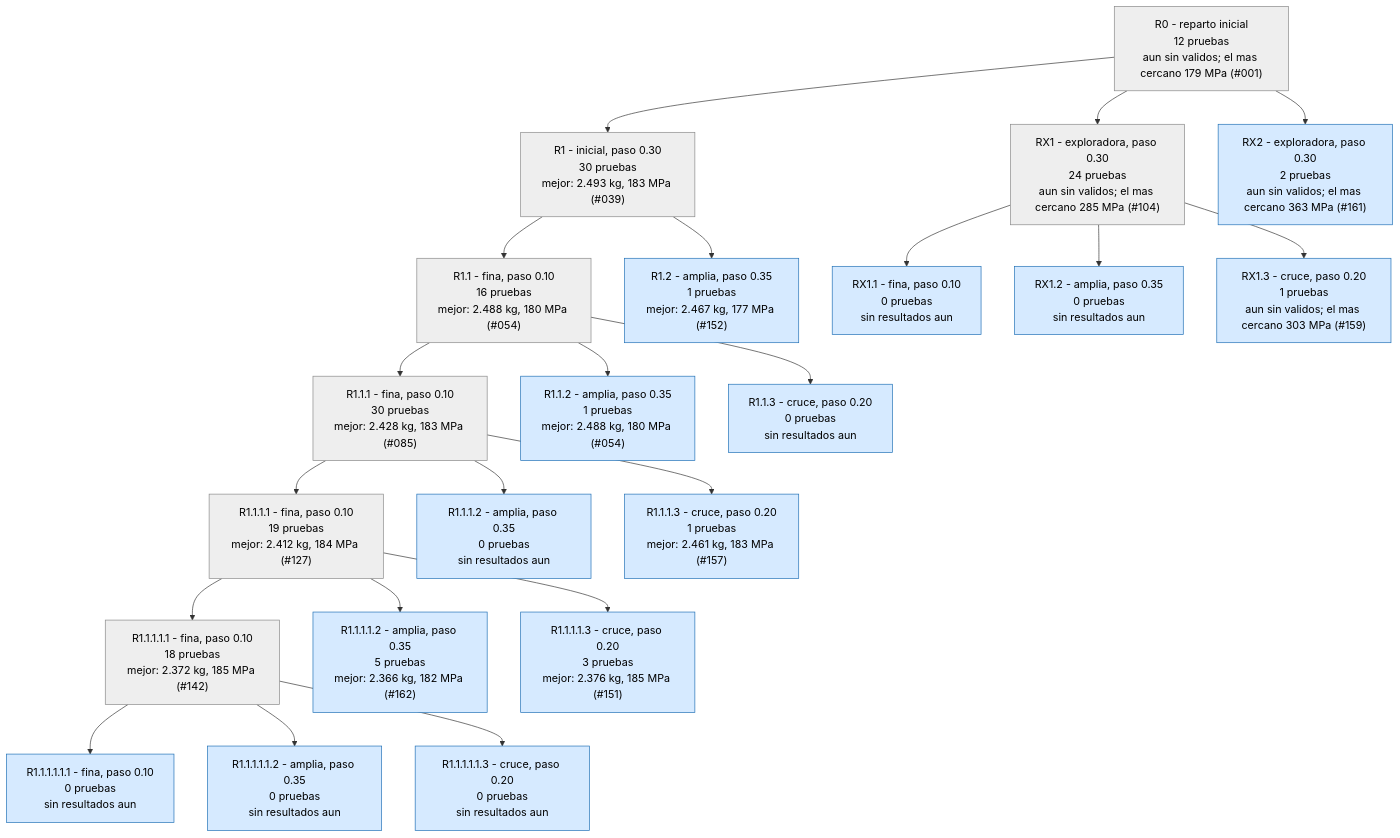
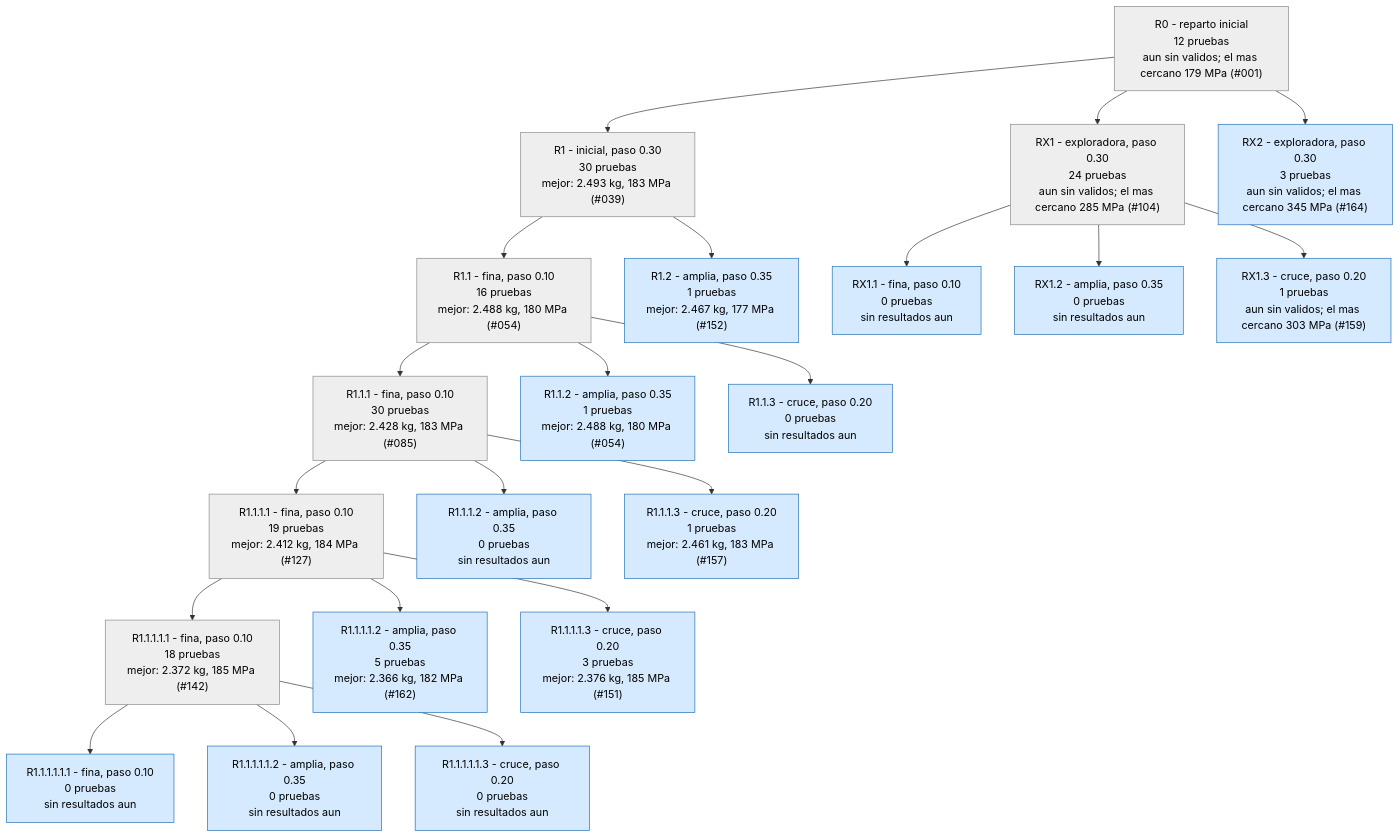
One commit to Hugiko/msd-soporte-optimizacion changed the second of 4 diagrams in runs/opt_37800N/ARBOL.md. Above: the diagram before and after it, drawn with Mermaid. The commit also changed 21 other files, not shown here.

````diff
--- a/runs/opt_37800N/ARBOL.md
+++ b/runs/opt_37800N/ARBOL.md
@@ -25,47 +25,47 @@
 ```mermaid
 graph TD
 classDef activa fill:#d6eaff,stroke:#1f6fb5,color:#000
 classDef fin fill:#eeeeee,stroke:#888,color:#000
 classDef mejor fill:#c8f0c0,stroke:#1a9850,stroke-width:4px,color:#000
 R0["R0 - reparto inicial<br/>12 pruebas<br/>aun sin validos; el mas cercano 179 MPa (#001)"]:::fin
 R1["R1 - inicial, paso 0.30<br/>30 pruebas<br/>mejor: 2.493 kg, 183 MPa (#039)"]:::fin
 R0 --> R1
 R1_1["R1.1 - fina, paso 0.10<br/>16 pruebas<br/>mejor: 2.488 kg, 180 MPa (#054)"]:::fin
 R1 --> R1_1
 R1_2["R1.2 - amplia, paso 0.35<br/>1 pruebas<br/>mejor: 2.467 kg, 177 MPa (#152)"]:::activa
 R1 --> R1_2
 R1_1_1["R1.1.1 - fina, paso 0.10<br/>30 pruebas<br/>mejor: 2.428 kg, 183 MPa (#085)"]:::fin
 R1_1 --> R1_1_1
 R1_1_2["R1.1.2 - amplia, paso 0.35<br/>1 pruebas<br/>mejor: 2.488 kg, 180 MPa (#054)"]:::activa
 R1_1 --> R1_1_2
 R1_1_3["R1.1.3 - cruce, paso 0.20<br/>0 pruebas<br/>sin resultados aun"]:::activa
 R1_1 --> R1_1_3
 R1_1_1_1["R1.1.1.1 - fina, paso 0.10<br/>19 pruebas<br/>mejor: 2.412 kg, 184 MPa (#127)"]:::fin
 R1_1_1 --> R1_1_1_1
 R1_1_1_2["R1.1.1.2 - amplia, paso 0.35<br/>0 pruebas<br/>sin resultados aun"]:::activa
 R1_1_1 --> R1_1_1_2
 R1_1_1_3["R1.1.1.3 - cruce, paso 0.20<br/>1 pruebas<br/>mejor: 2.461 kg, 183 MPa (#157)"]:::activa
 R1_1_1 --> R1_1_1_3
 RX1["RX1 - exploradora, paso 0.30<br/>24 pruebas<br/>aun sin validos; el mas cercano 285 MPa (#104)"]:::fin
 R0 --> RX1
 RX1_1["RX1.1 - fina, paso 0.10<br/>0 pruebas<br/>sin resultados aun"]:::activa
 RX1 --> RX1_1
 RX1_2["RX1.2 - amplia, paso 0.35<br/>0 pruebas<br/>sin resultados aun"]:::activa
 RX1 --> RX1_2
 RX1_3["RX1.3 - cruce, paso 0.20<br/>1 pruebas<br/>aun sin validos; el mas cercano 303 MPa (#159)"]:::activa
 RX1 --> RX1_3
 R1_1_1_1_1["R1.1.1.1.1 - fina, paso 0.10<br/>18 pruebas<br/>mejor: 2.372 kg, 185 MPa (#142)"]:::fin
 R1_1_1_1 --> R1_1_1_1_1
 R1_1_1_1_2["R1.1.1.1.2 - amplia, paso 0.35<br/>5 pruebas<br/>mejor: 2.366 kg, 182 MPa (#162)"]:::activa
 R1_1_1_1 --> R1_1_1_1_2
 R1_1_1_1_3["R1.1.1.1.3 - cruce, paso 0.20<br/>3 pruebas<br/>mejor: 2.376 kg, 185 MPa (#151)"]:::activa
 R1_1_1_1 --> R1_1_1_1_3
 R1_1_1_1_1_1["R1.1.1.1.1.1 - fina, paso 0.10<br/>0 pruebas<br/>sin resultados aun"]:::activa
 R1_1_1_1_1 --> R1_1_1_1_1_1
 R1_1_1_1_1_2["R1.1.1.1.1.2 - amplia, paso 0.35<br/>0 pruebas<br/>sin resultados aun"]:::activa
 R1_1_1_1_1 --> R1_1_1_1_1_2
 R1_1_1_1_1_3["R1.1.1.1.1.3 - cruce, paso 0.20<br/>0 pruebas<br/>sin resultados aun"]:::activa
 R1_1_1_1_1 --> R1_1_1_1_1_3
-RX2["RX2 - exploradora, paso 0.30<br/>2 pruebas<br/>aun sin validos; el mas cercano 363 MPa (#161)"]:::activa
+RX2["RX2 - exploradora, paso 0.30<br/>3 pruebas<br/>aun sin validos; el mas cercano 345 MPa (#164)"]:::activa
 R0 --> RX2
 ```
````
